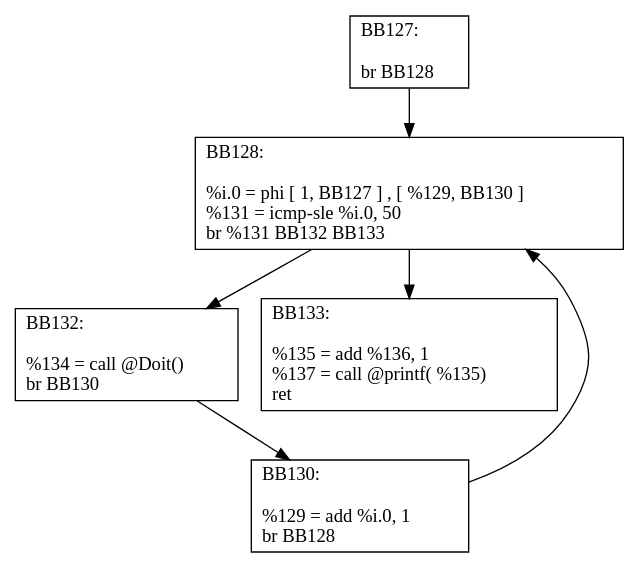
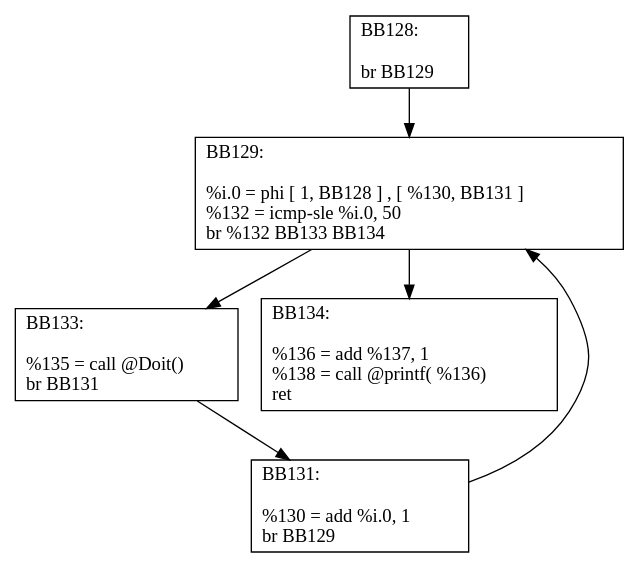
Before and after one commit to angelica-moreira/CfgGenerator: the diagram in src/dot_files/Queens/Queens.dot, drawn with Graphviz. The commit also changed 83 other files, not shown here.

Commit message:
Updating the phi node label generator for the special case when it does not have name and updating the dot files

```diff
--- a/src/dot_files/Queens/Queens.dot
+++ b/src/dot_files/Queens/Queens.dot
@@ -1,33 +1,33 @@
 digraph "CFG for 'Queens' function" {
-BB127 [shape=record,
-    label="{BB127:\l\l
-             br BB128\l
-             }"];
-BB127 -> BB128
 BB128 [shape=record,
     label="{BB128:\l\l
-             %i.0 = phi [ 1, BB127 ] , [ %129, BB130 ] \l
-             %131 = icmp-sle %i.0, 50\l
-             br %131 BB132 BB133\l
+             br BB129\l
              }"];
-BB128 -> BB132
-BB128 -> BB133
-BB132 [shape=record,
-    label="{BB132:\l\l
-             %134 = call @Doit()\l
-             br BB130\l
+BB128 -> BB129
+BB129 [shape=record,
+    label="{BB129:\l\l
+             %i.0 = phi [ 1, BB128 ] , [ %130, BB131 ] \l
+             %132 = icmp-sle %i.0, 50\l
+             br %132 BB133 BB134\l
              }"];
-BB132 -> BB130
-BB130 [shape=record,
-    label="{BB130:\l\l
-             %129 = add %i.0, 1\l
-             br BB128\l
-             }"];
-BB130 -> BB128
+BB129 -> BB133
+BB129 -> BB134
 BB133 [shape=record,
     label="{BB133:\l\l
-             %135 = add %136, 1\l
-             %137 = call @printf( %135)\l
+             %135 = call @Doit()\l
+             br BB131\l
+             }"];
+BB133 -> BB131
+BB131 [shape=record,
+    label="{BB131:\l\l
+             %130 = add %i.0, 1\l
+             br BB129\l
+             }"];
+BB131 -> BB129
+BB134 [shape=record,
+    label="{BB134:\l\l
+             %136 = add %137, 1\l
+             %138 = call @printf( %136)\l
              ret\l
              }"];
 }
```
